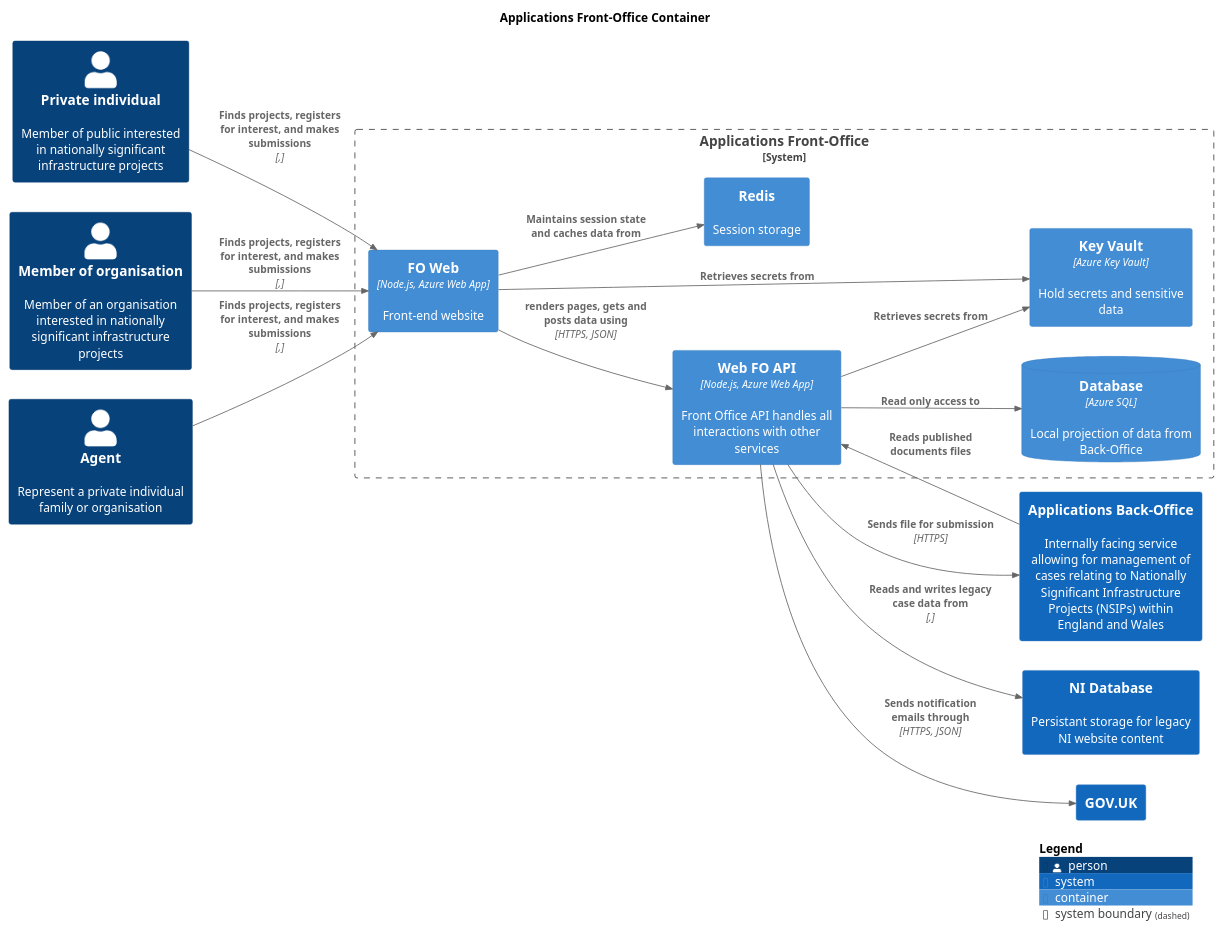
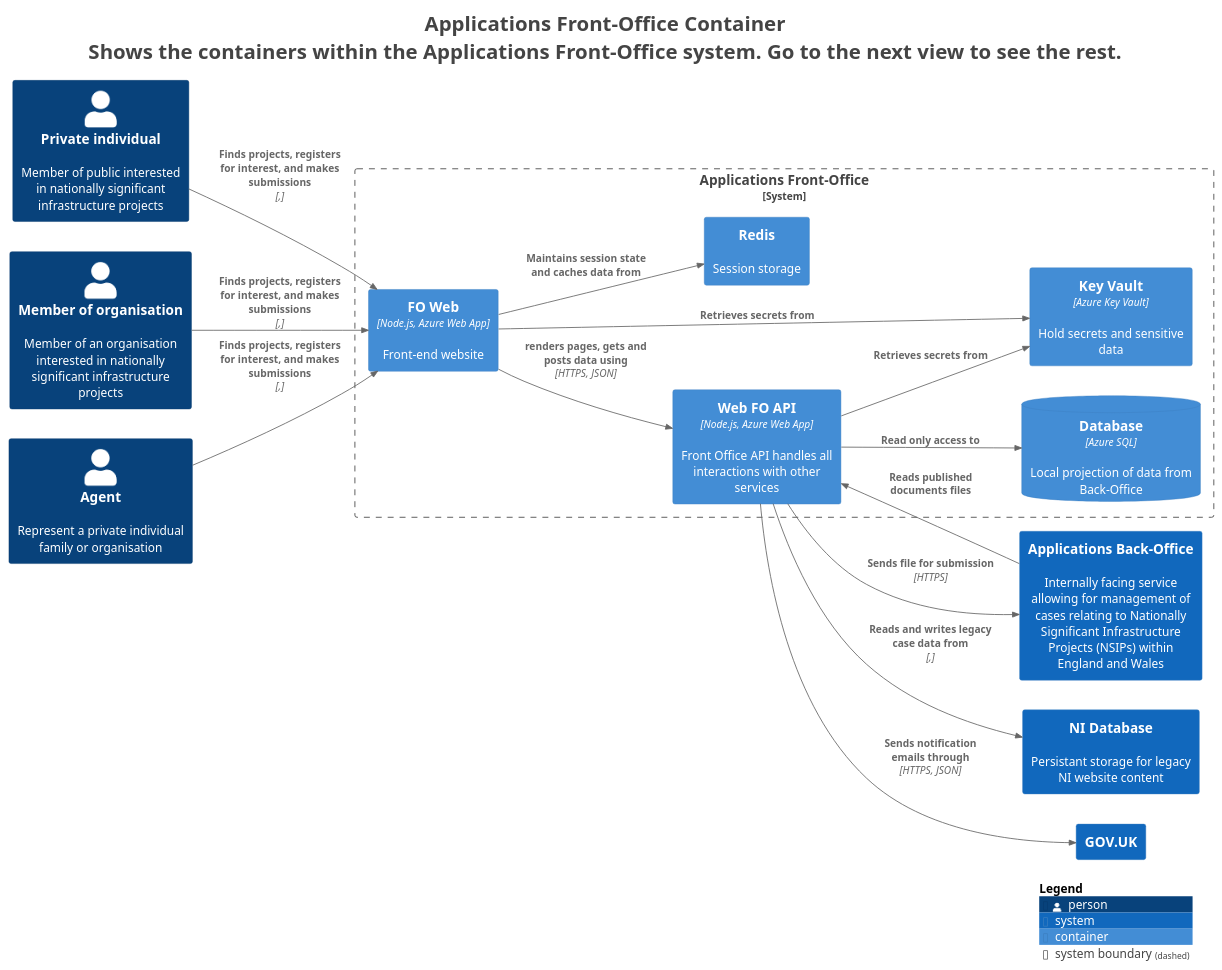
One commit to Planning-Inspectorate/applications-service changed the diagram in master/puml/ApplicationsFOContainer.puml. Above: the diagram before and after it, drawn with PlantUML. The commit also changed 64 other files, not shown here.

```diff
--- a/master/puml/ApplicationsFOContainer.puml
+++ b/master/puml/ApplicationsFOContainer.puml
@@ -1,40 +1,48 @@
 @startuml
+title <size:24>Applications Front-Office Container</size>\n<size:24>Shows the containers within the Applications Front-Office system. Go to the next view to see the rest.</size>
+
 set separator none
-title Applications Front-Office Container
+left to right direction
 
-left to right direction
+<style>
+  root {
+    BackgroundColor: #ffffff
+    FontColor: #444444
+  }
+</style>
 
 !include <C4/C4>
 !include <C4/C4_Context>
 !include <C4/C4_Container>
 
 Person(Privateindividual, "Private individual", $descr="Member of public interested in nationally significant infrastructure projects", $tags="", $link="")
 Person(Memberoforganisation, "Member of organisation", $descr="Member of an organisation interested in nationally significant infrastructure projects", $tags="", $link="")
 Person(Agent, "Agent", $descr="Represent a private individual family or organisation", $tags="", $link="")
 System(ApplicationsBackOffice, "Applications Back-Office", $descr="Internally facing service allowing for management of cases relating to Nationally Significant Infrastructure Projects (NSIPs) within England and Wales", $tags="", $link="")
 System(NIDatabase, "NI Database", $descr="Persistant storage for legacy NI website content", $tags="", $link="")
 System(GOVUK, "GOV.UK", $descr="", $tags="", $link="")
 
 System_Boundary("ApplicationsFrontOffice_boundary", "Applications Front-Office", $tags="") {
   Container(ApplicationsFrontOffice.KeyVault, "Key Vault", $techn="Azure Key Vault", $descr="Hold secrets and sensitive data", $tags="", $link="")
   Container(ApplicationsFrontOffice.FOWeb, "FO Web", $techn="Node.js, Azure Web App", $descr="Front-end website", $tags="", $link="")
   Container(ApplicationsFrontOffice.WebFOAPI, "Web FO API", $techn="Node.js, Azure Web App", $descr="Front Office API handles all interactions with other services", $tags="", $link="")
   Container(ApplicationsFrontOffice.Redis, "Redis", $techn="", $descr="Session storage", $tags="", $link="")
   ContainerDb(ApplicationsFrontOffice.Database, "Database", $techn="Azure SQL", $descr="Local projection of data from Back-Office", $tags="", $link="")
 }
 
 Rel(ApplicationsFrontOffice.WebFOAPI, ApplicationsBackOffice, "Sends file for submission", $techn="HTTPS", $tags="", $link="")
 Rel(ApplicationsBackOffice, ApplicationsFrontOffice.WebFOAPI, "Reads published documents files", $techn="", $tags="", $link="")
 Rel(Privateindividual, ApplicationsFrontOffice.FOWeb, "Finds projects, registers for interest, and makes submissions", $techn=",", $tags="", $link="")
 Rel(Memberoforganisation, ApplicationsFrontOffice.FOWeb, "Finds projects, registers for interest, and makes submissions", $techn=",", $tags="", $link="")
 Rel(Agent, ApplicationsFrontOffice.FOWeb, "Finds projects, registers for interest, and makes submissions", $techn=",", $tags="", $link="")
 Rel(ApplicationsFrontOffice.FOWeb, ApplicationsFrontOffice.Redis, "Maintains session state and caches data from", $techn="", $tags="", $link="")
 Rel(ApplicationsFrontOffice.FOWeb, ApplicationsFrontOffice.KeyVault, "Retrieves secrets from", $techn="", $tags="", $link="")
 Rel(ApplicationsFrontOffice.FOWeb, ApplicationsFrontOffice.WebFOAPI, "renders pages, gets and posts data using", $techn="HTTPS, JSON", $tags="", $link="")
 Rel(ApplicationsFrontOffice.WebFOAPI, ApplicationsFrontOffice.Database, "Read only access to", $techn="", $tags="", $link="")
 Rel(ApplicationsFrontOffice.WebFOAPI, GOVUK, "Sends notification emails through", $techn="HTTPS, JSON", $tags="", $link="")
 Rel(ApplicationsFrontOffice.WebFOAPI, NIDatabase, "Reads and writes legacy case data from", $techn=",", $tags="", $link="")
 Rel(ApplicationsFrontOffice.WebFOAPI, ApplicationsFrontOffice.KeyVault, "Retrieves secrets from", $techn="", $tags="", $link="")
 
 SHOW_LEGEND(true)
+hide stereotypes
 @enduml
```
